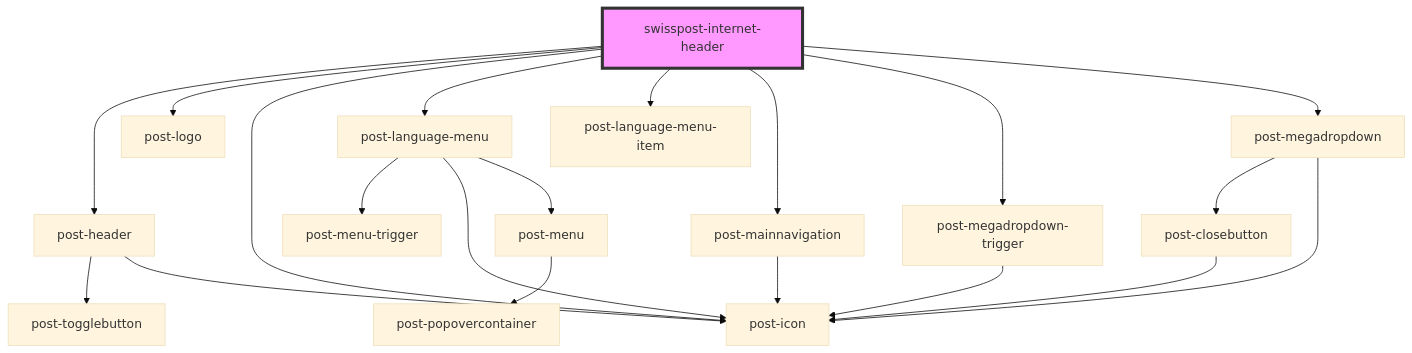
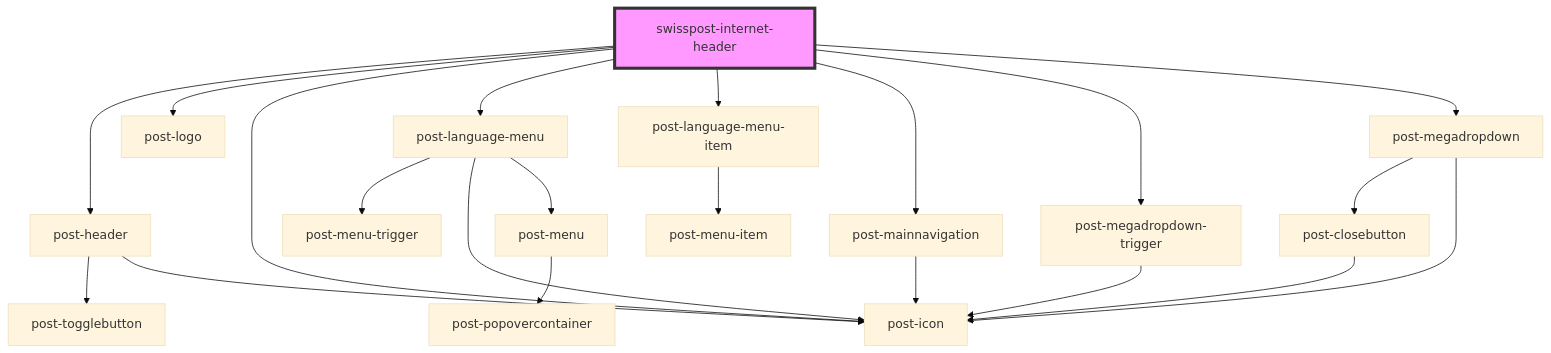
Before and after one commit to swisspost/design-system: the diagram in packages/internet-header/src/components/post-internet-header/readme.md, drawn with Mermaid (base theme). The commit also changed 2 other files, not shown here.

Commit message:
update lock

````diff
--- a/packages/internet-header/src/components/post-internet-header/readme.md
+++ b/packages/internet-header/src/components/post-internet-header/readme.md
@@ -38,23 +38,24 @@
 ```mermaid
 graph TD;
   swisspost-internet-header --> post-header
   swisspost-internet-header --> post-logo
   swisspost-internet-header --> post-icon
   swisspost-internet-header --> post-language-menu
   swisspost-internet-header --> post-language-menu-item
   swisspost-internet-header --> post-mainnavigation
   swisspost-internet-header --> post-megadropdown-trigger
   swisspost-internet-header --> post-megadropdown
   post-header --> post-togglebutton
   post-header --> post-icon
   post-language-menu --> post-menu-trigger
   post-language-menu --> post-icon
   post-language-menu --> post-menu
   post-menu --> post-popovercontainer
+  post-language-menu-item --> post-menu-item
   post-mainnavigation --> post-icon
   post-megadropdown-trigger --> post-icon
   post-megadropdown --> post-closebutton
   post-megadropdown --> post-icon
   post-closebutton --> post-icon
   style swisspost-internet-header fill:#f9f,stroke:#333,stroke-width:4px
 ```
````
